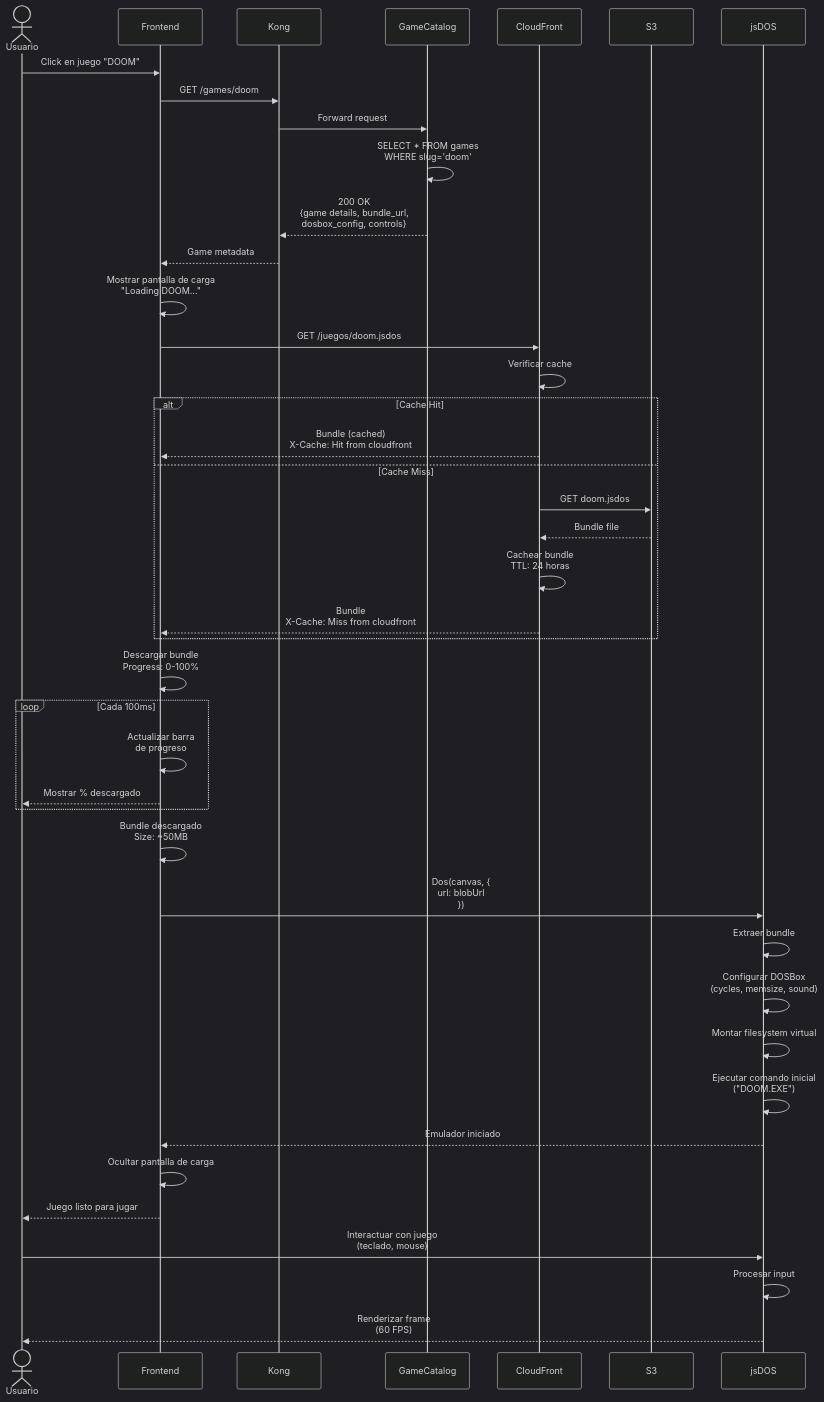
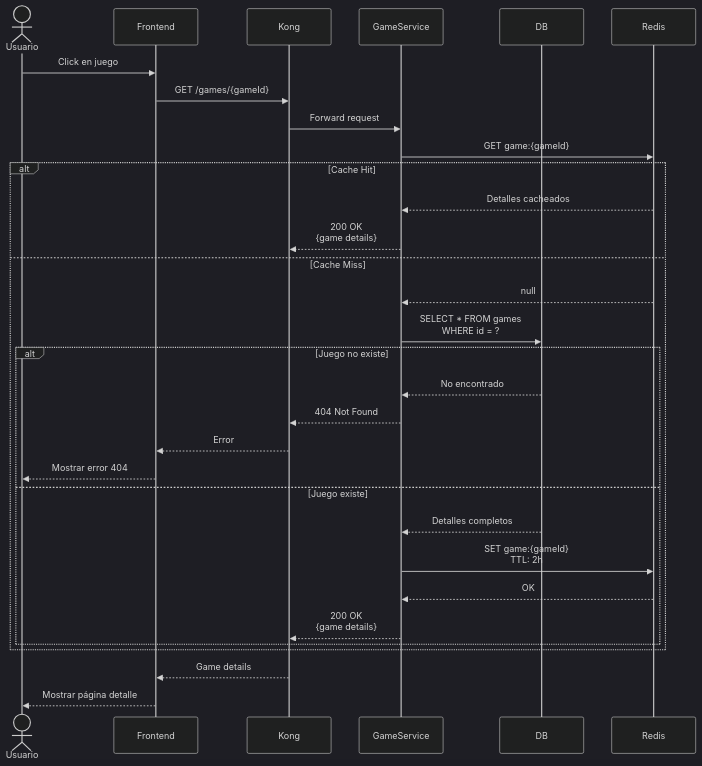
One commit to retrogamecloud/docs changed the fourth of 7 diagrams in sequence-diagrams.mdx. Above: the diagram before and after it, drawn with Mermaid (dark theme). The commit also changed other lines of this file and 26 other files, not shown here.

````diff
--- a/sequence-diagrams.mdx
+++ b/sequence-diagrams.mdx
@@ -173,61 +163,42 @@
 ```mermaid
 sequenceDiagram
     actor Usuario
     participant Frontend
     participant Kong
-    participant GameCatalog
-    participant CloudFront
-    participant S3
-    participant jsDOS
+    participant GameService
+    participant DB
+    participant Redis
 
-    Usuario->>Frontend: Click en juego "DOOM"
+    Usuario->>Frontend: Click en juego
+    Frontend->>Kong: GET /games/{gameId}
 
-    Frontend->>Kong: GET /games/doom
-    Kong->>GameCatalog: Forward request
+    Kong->>GameService: Forward request
 
-    GameCatalog->>GameCatalog: SELECT * FROM games<br/>WHERE slug='doom'
-
-    GameCatalog-->>Kong: 200 OK<br/>{game details, bundle_url,<br/>dosbox_config, controls}
-    Kong-->>Frontend: Game metadata
-
-    Frontend->>Frontend: Mostrar pantalla de carga<br/>"Loading DOOM..."
-
-    Frontend->>CloudFront: GET /juegos/doom.jsdos
-
-    CloudFront->>CloudFront: Verificar cache
+    GameService->>Redis: GET game:{gameId}
 
     alt Cache Hit
-        CloudFront-->>Frontend: Bundle (cached)<br/>X-Cache: Hit from cloudfront
+        Redis-->>GameService: Detalles cacheados
+        GameService-->>Kong: 200 OK<br/>{game details}
     else Cache Miss
-        CloudFront->>S3: GET doom.jsdos
-        S3-->>CloudFront: Bundle file
-        CloudFront->>CloudFront: Cachear bundle<br/>TTL: 24 horas
-        CloudFront-->>Frontend: Bundle<br/>X-Cache: Miss from cloudfront
+        Redis-->>GameService: null
+
+        GameService->>DB: SELECT * FROM games<br/>WHERE id = ?
+
+        alt Juego no existe
+            DB-->>GameService: No encontrado
+            GameService-->>Kong: 404 Not Found
+            Kong-->>Frontend: Error
+            Frontend-->>Usuario: Mostrar error 404
+        else Juego existe
+            DB-->>GameService: Detalles completos
+
+            GameService->>Redis: SET game:{gameId}<br/>TTL: 2h
+            Redis-->>GameService: OK
+
+            GameService-->>Kong: 200 OK<br/>{game details}
+        end
     end
 
-    Frontend->>Frontend: Descargar bundle<br/>Progress: 0-100%
-
-    loop Cada 100ms
-        Frontend->>Frontend: Actualizar barra<br/>de progreso
-        Frontend-->>Usuario: Mostrar % descargado
-    end
-
-    Frontend->>Frontend: Bundle descargado<br/>Size: ~50MB
-
-    Frontend->>jsDOS: Dos(canvas, {<br/>  url: blobUrl<br/>})
-
-    jsDOS->>jsDOS: Extraer bundle
-    jsDOS->>jsDOS: Configurar DOSBox<br/>(cycles, memsize, sound)
-    jsDOS->>jsDOS: Montar filesystem virtual
-    jsDOS->>jsDOS: Ejecutar comando inicial<br/>("DOOM.EXE")
-
-    jsDOS-->>Frontend: Emulador iniciado
-
-    Frontend->>Frontend: Ocultar pantalla de carga
-    Frontend-->>Usuario: Juego listo para jugar
-
-    Usuario->>jsDOS: Interactuar con juego<br/>(teclado, mouse)
-    jsDOS->>jsDOS: Procesar input
-    jsDOS-->>Usuario: Renderizar frame<br/>(60 FPS)
-
+    Kong-->>Frontend: Game details
+    Frontend-->>Usuario: Mostrar página detalle
 ```
````
